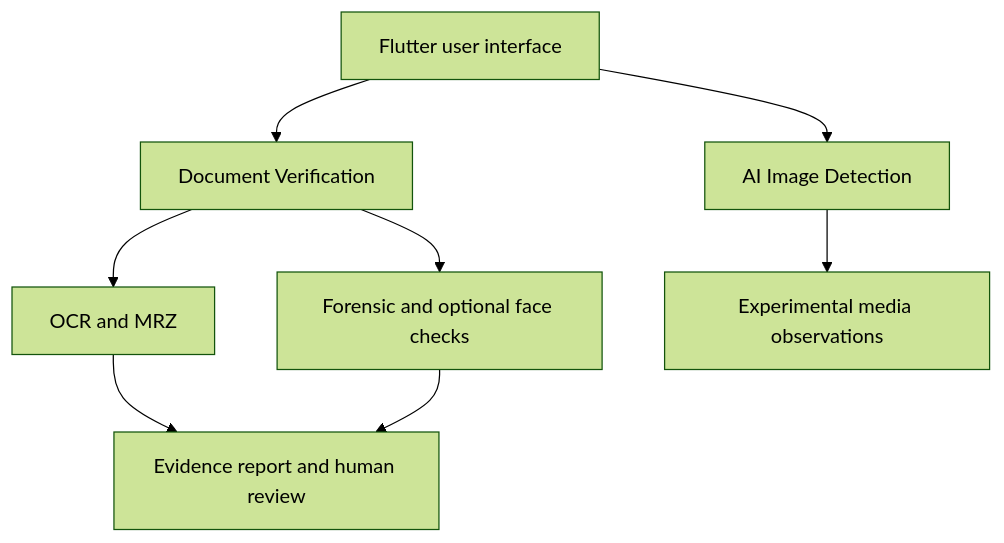
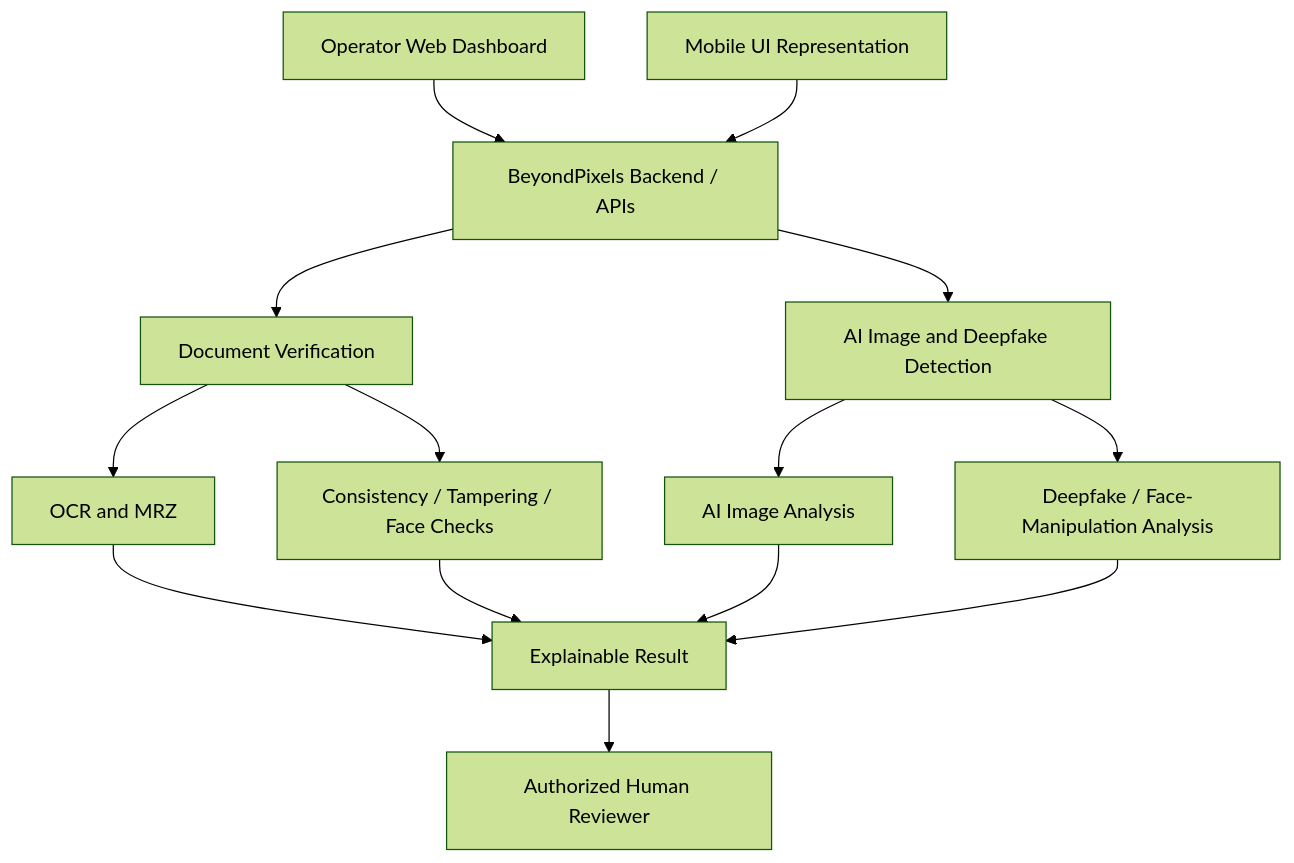
Before and after one commit to Lucifer-358-coder/BeyondPixels-SIH-2026: the diagram in docs/ARCHITECTURE.md, drawn with Mermaid (forest theme). The commit also changed other lines of this file, not shown here.

Commit message:
docs: update BeyondPixels architecture

````diff
--- a/docs/ARCHITECTURE.md
+++ b/docs/ARCHITECTURE.md
@@ -3,10 +3,16 @@
 ```mermaid
 flowchart TB
-    UI[Flutter user interface] --> DV[Document Verification]
-    UI --> AI[AI Image Detection]
+    UI1[Operator Web Dashboard] --> API[BeyondPixels Backend / APIs]
+    UI2[Mobile UI Representation] --> API
+    API --> DV[Document Verification]
+    API --> AIDF[AI Image and Deepfake Detection]
     DV --> OCR[OCR and MRZ]
-    DV --> FR[Forensic and optional face checks]
-    OCR --> REV[Evidence report and human review]
-    FR --> REV
-    AI --> MEDIA[Experimental media observations]
+    DV --> DOC[Consistency / Tampering / Face Checks]
+    AIDF --> AI[AI Image Analysis]
+    AIDF --> DF[Deepfake / Face-Manipulation Analysis]
+    OCR --> REV[Explainable Result]
+    DOC --> REV
+    AI --> REV
+    DF --> REV
+    REV --> HUMAN[Authorized Human Reviewer]
 ```
````
